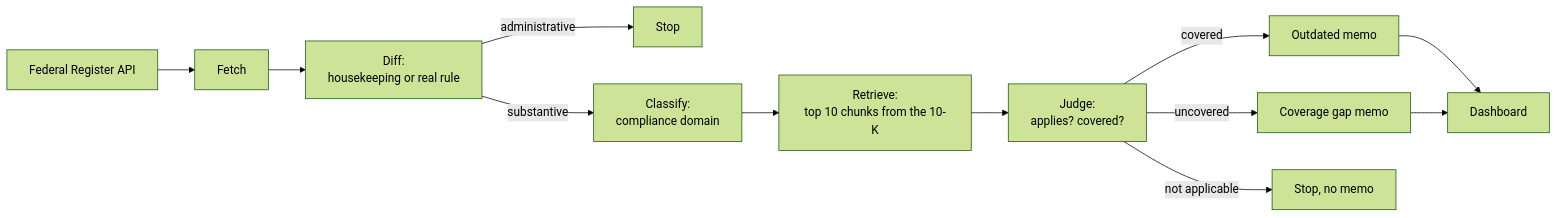
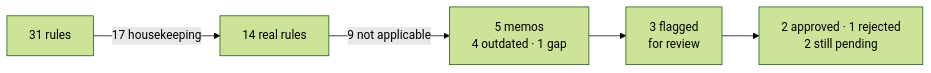
The fourth of 6 diagrams in README.md (d4t4forge-debugX/regpulse), drawn with Mermaid (forest theme) before and after one commit. The commit also changed other lines of this file and 5 other files, not shown here.

````diff
--- a/README.md
+++ b/README.md
@@ -125,14 +136,7 @@
 ```mermaid
 flowchart LR
-    A[Federal Register API] --> B[Fetch]
-    B --> C[Diff:<br/>housekeeping or real rule]
-    C -->|administrative| X[Stop]
-    C -->|substantive| D[Classify:<br/>compliance domain]
-    D --> E[Retrieve:<br/>top 10 chunks from the 10-K]
-    E --> F[Judge:<br/>applies? covered?]
-    F -->|covered| G[Outdated memo]
-    F -->|uncovered| H[Coverage gap memo]
-    F -->|not applicable| Y[Stop, no memo]
-    G --> I[Dashboard]
-    H --> I
+    A["31 rules"] -->|17 housekeeping| B["14 real rules"]
+    B -->|9 not applicable| C["5 memos<br/>4 outdated · 1 gap"]
+    C --> D["3 flagged<br/>for review"]
+    D --> E["2 approved · 1 rejected<br/>2 still pending"]
 ```
````
